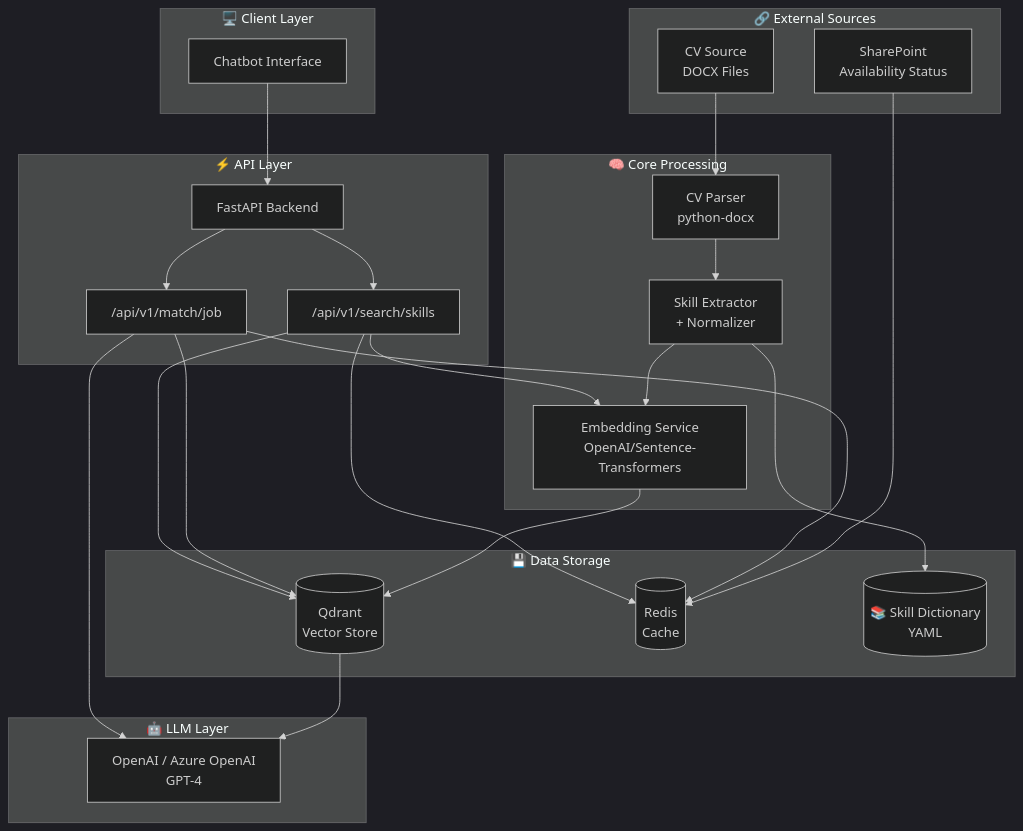
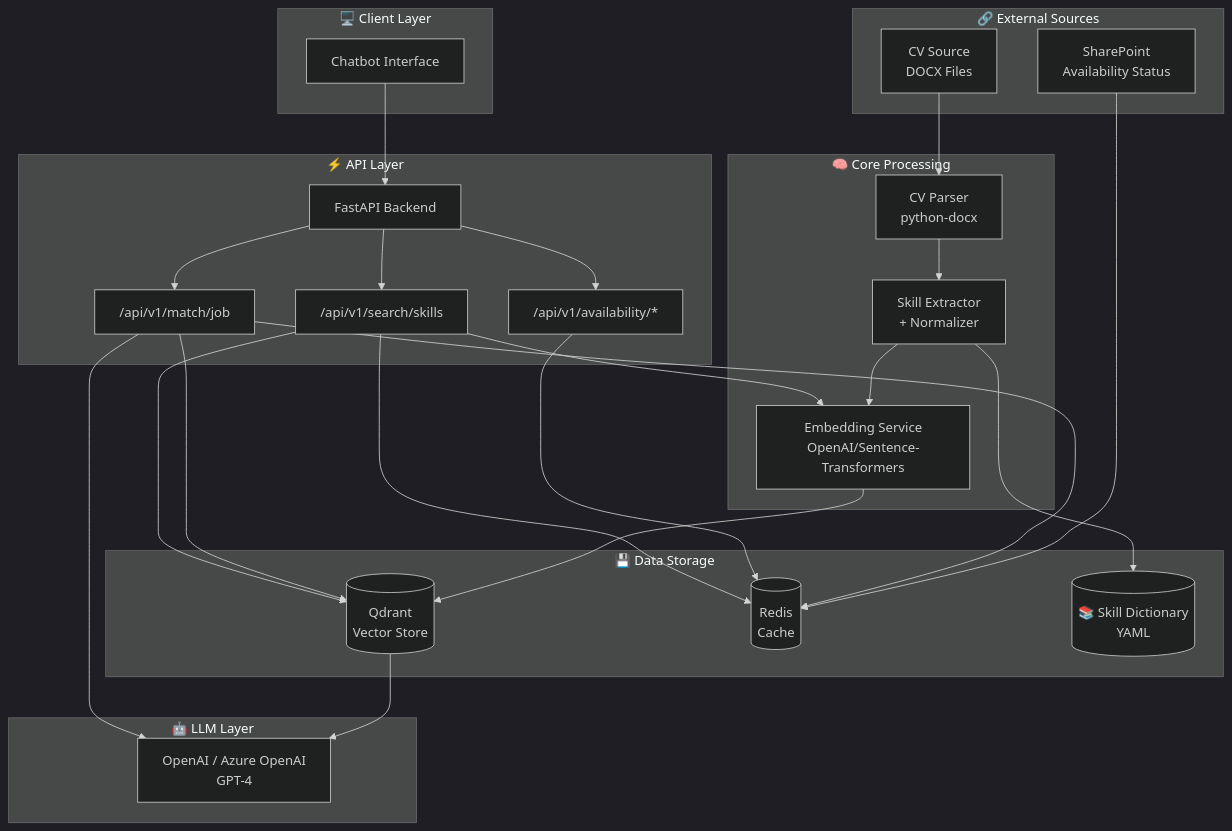
One commit to giamma80/profilebot changed the first of 5 diagrams in README.md. Above: the diagram before and after it, drawn with Mermaid (dark theme). The commit also changed other lines of this file and 30 other files, not shown here.

Commit message:
feat(availability): add refresh flow, api endpoints, and tests

````diff
--- a/README.md
+++ b/README.md
@@ -25,55 +25,59 @@
 ```mermaid
 flowchart TB
     subgraph Client["🖥️ Client Layer"]
         UI[Chatbot Interface]
     end
 
     subgraph API["⚡ API Layer"]
         FastAPI[FastAPI Backend]
         SearchAPI["/api/v1/search/skills"]
+        AvailabilityAPI["/api/v1/availability/*"]
         MatchAPI["/api/v1/match/job"]
     end
 
     subgraph Core["🧠 Core Processing"]
         Parser[CV Parser<br/>python-docx]
         SkillExtractor[Skill Extractor<br/>+ Normalizer]
         Embedder[Embedding Service<br/>OpenAI/Sentence-Transformers]
     end
 
     subgraph Storage["💾 Data Storage"]
         Qdrant[(Qdrant<br/>Vector Store)]
         Redis[(Redis<br/>Cache)]
         SkillDict[("📚 Skill Dictionary<br/>YAML")]
     end
 
     subgraph External["🔗 External Sources"]
         SharePoint[SharePoint<br/>Availability Status]
         CVSource[CV Source<br/>DOCX Files]
     end
 
     subgraph LLM["🤖 LLM Layer"]
         OpenAI[OpenAI / Azure OpenAI<br/>GPT-4]
     end
 
     UI --> FastAPI
     FastAPI --> SearchAPI
+    FastAPI --> AvailabilityAPI
     FastAPI --> MatchAPI
 
     SearchAPI --> Embedder
     SearchAPI --> Qdrant
     SearchAPI --> Redis
+
+    AvailabilityAPI --> Redis
 
     MatchAPI --> OpenAI
     MatchAPI --> Qdrant
     MatchAPI --> Redis
 
     CVSource --> Parser
     Parser --> SkillExtractor
     SkillExtractor --> SkillDict
     SkillExtractor --> Embedder
     Embedder --> Qdrant
 
     SharePoint --> Redis
 
     Qdrant --> OpenAI
 ```
````
